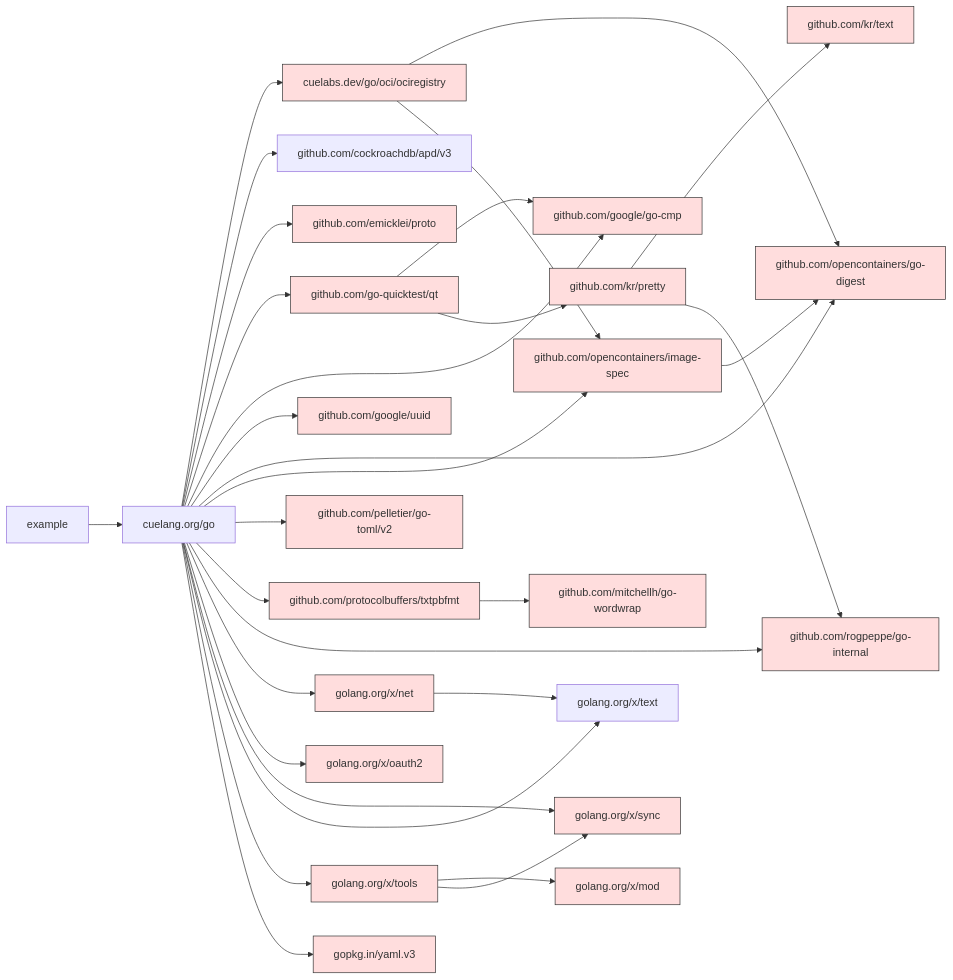
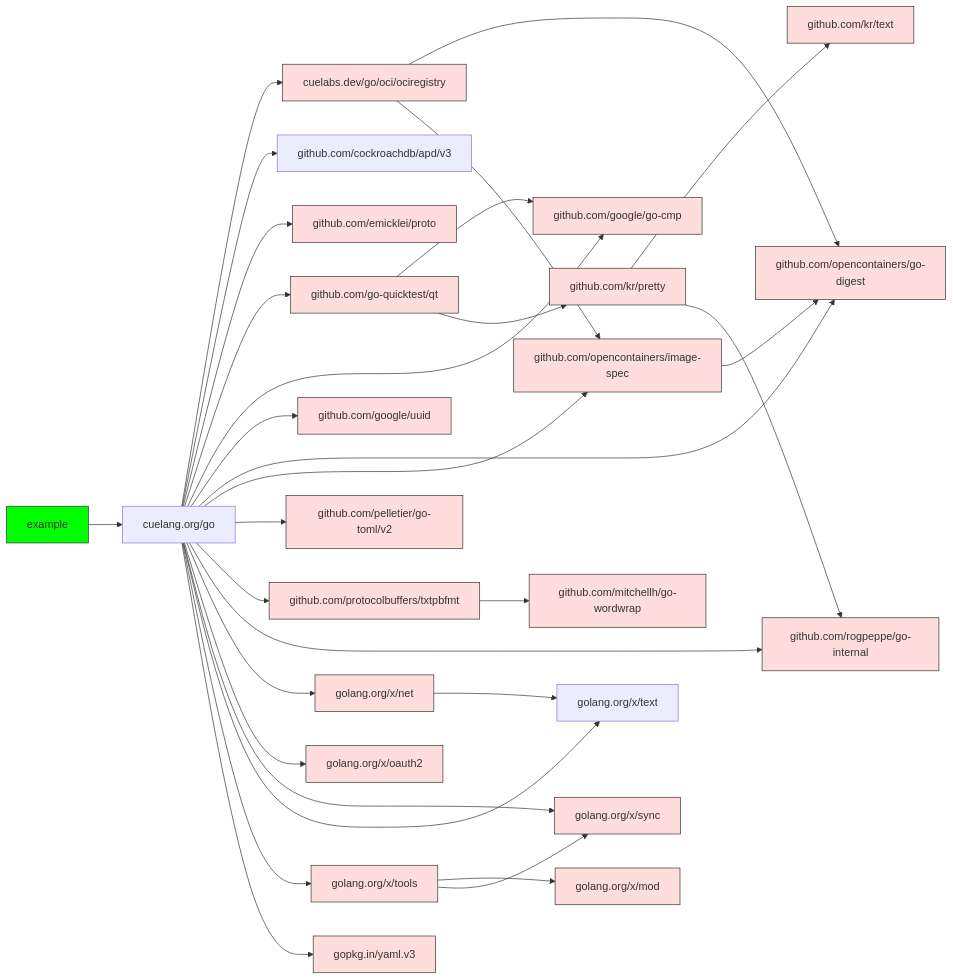
Before and after one commit to cue-lang/cuelang.org: the third of 3 diagrams in content/docs/concept/understanding-cue-go-module-dependencies/en.md, drawn with Mermaid. The commit also changed other lines of this file and 2 other files, not shown here.

First line of the commit message:
docs/concept: format Go dependency graph guide

````diff
--- a/content/docs/concept/understanding-cue-go-module-dependencies/en.md
+++ b/content/docs/concept/understanding-cue-go-module-dependencies/en.md
@@ -221,58 +238,59 @@
-    ```mermaid
-    graph LR
-        N0["cuelabs.dev/go/oci/ociregistry"]
-        N1["cuelang.org/go"]
-        N2["example"]
-        N3["github.com/cockroachdb/apd/v3"]
-        N4["github.com/emicklei/proto"]
-        N5["github.com/go-quicktest/qt"]
-        N6["github.com/google/go-cmp"]
-        N7["github.com/google/uuid"]
-        N8["github.com/kr/pretty"]
-        N9["github.com/kr/text"]
-        N10["github.com/mitchellh/go-wordwrap"]
-        N11["github.com/opencontainers/go-digest"]
-        N12["github.com/opencontainers/image-spec"]
-        N13["github.com/pelletier/go-toml/v2"]
-        N14["github.com/protocolbuffers/txtpbfmt"]
-        N15["github.com/rogpeppe/go-internal"]
-        N16["golang.org/x/mod"]
-        N17["golang.org/x/net"]
-        N18["golang.org/x/oauth2"]
-        N19["golang.org/x/sync"]
-        N20["golang.org/x/text"]
-        N21["golang.org/x/tools"]
-        N22["gopkg.in/yaml.v3"]
-        N0 --> N11
-        N0 --> N12
-        N1 --> N0
-        N1 --> N3
-        N1 --> N4
-        N1 --> N5
-        N1 --> N6
-        N1 --> N7
-        N1 --> N11
-        N1 --> N12
-        N1 --> N13
-        N1 --> N14
-        N1 --> N15
-        N1 --> N17
-        N1 --> N18
-        N1 --> N19
-        N1 --> N20
-        N1 --> N21
-        N1 --> N22
-        N2 --> N1
-        N5 --> N6
-        N5 --> N8
-        N8 --> N9
-        N8 --> N15
-        N12 --> N11
-        N14 --> N10
-        N17 --> N20
-        N21 --> N16
-        N21 --> N19
-        classDef red fill:#ffdddd,stroke:#333,stroke-width:1px;
-        class N0,N4,N5,N6,N7,N8,N9,N10,N11,N12,N13,N14,N15,N16,N17,N18,N19,N21,N22 red;
-
-    ```
+{{< mermaid caption="Minimal dependency graph (not yet implemented)" >}}
+graph LR
+    N0["cuelabs.dev/go/oci/ociregistry"]
+    N1["cuelang.org/go"]
+    N2["example"]
+    N3["github.com/cockroachdb/apd/v3"]
+    N4["github.com/emicklei/proto"]
+    N5["github.com/go-quicktest/qt"]
+    N6["github.com/google/go-cmp"]
+    N7["github.com/google/uuid"]
+    N8["github.com/kr/pretty"]
+    N9["github.com/kr/text"]
+    N10["github.com/mitchellh/go-wordwrap"]
+    N11["github.com/opencontainers/go-digest"]
+    N12["github.com/opencontainers/image-spec"]
+    N13["github.com/pelletier/go-toml/v2"]
+    N14["github.com/protocolbuffers/txtpbfmt"]
+    N15["github.com/rogpeppe/go-internal"]
+    N16["golang.org/x/mod"]
+    N17["golang.org/x/net"]
+    N18["golang.org/x/oauth2"]
+    N19["golang.org/x/sync"]
+    N20["golang.org/x/text"]
+    N21["golang.org/x/tools"]
+    N22["gopkg.in/yaml.v3"]
+    N0 --> N11
+    N0 --> N12
+    N1 --> N0
+    N1 --> N3
+    N1 --> N4
+    N1 --> N5
+    N1 --> N6
+    N1 --> N7
+    N1 --> N11
+    N1 --> N12
+    N1 --> N13
+    N1 --> N14
+    N1 --> N15
+    N1 --> N17
+    N1 --> N18
+    N1 --> N19
+    N1 --> N20
+    N1 --> N21
+    N1 --> N22
+    N2 --> N1
+    N5 --> N6
+    N5 --> N8
+    N8 --> N9
+    N8 --> N15
+    N12 --> N11
+    N14 --> N10
+    N17 --> N20
+    N21 --> N16
+    N21 --> N19
+    classDef red fill:#ffdddd,stroke:#333,stroke-width:1px;
+    class N0,N4,N5,N6,N7,N8,N9,N10,N11,N12,N13,N14,N15,N16,N17,N18,N19,N21,N22 red;
+    classDef green fill:#00ff00,stroke:#333,stroke-width:1px;
+    class N2 green;
+{{< /mermaid >}}
````
